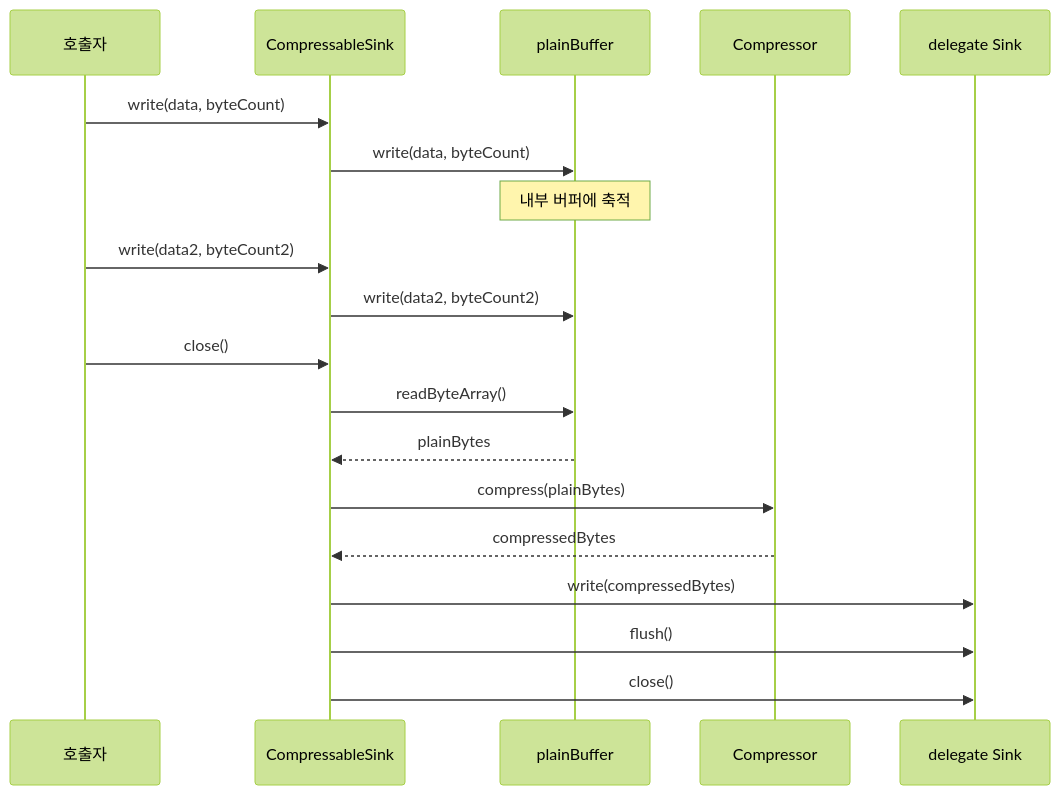
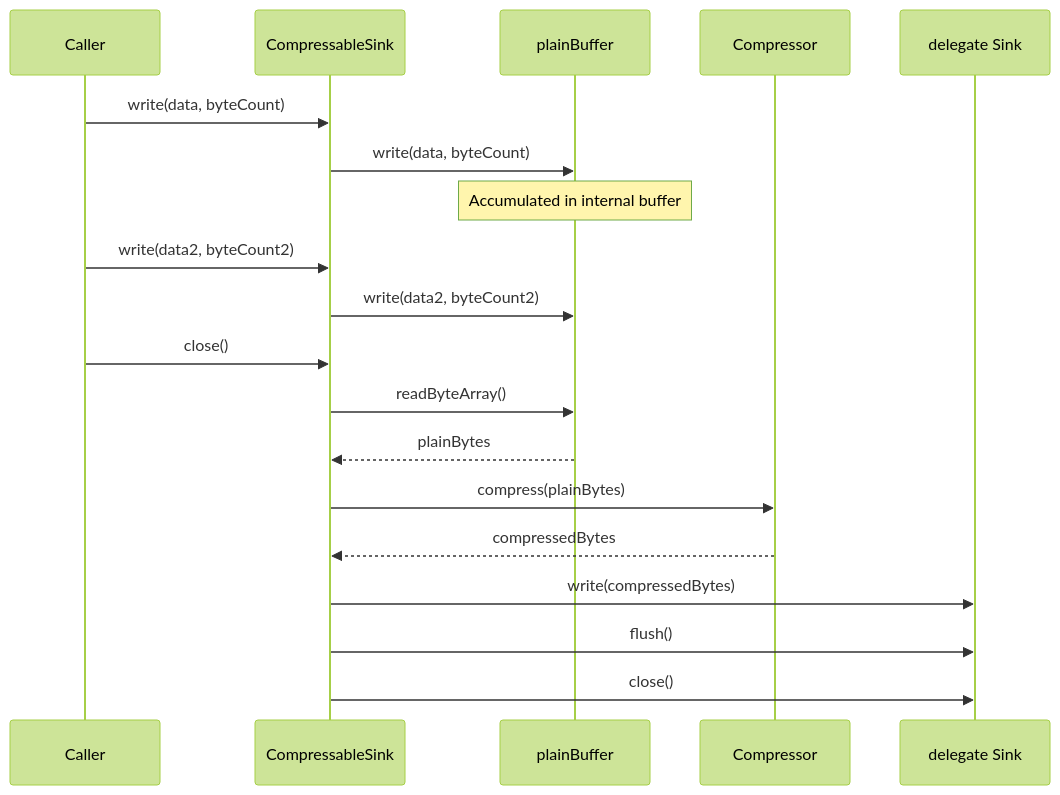
Before and after one commit to bluetape4k/bluetape4k-projects: the fifth of 9 diagrams in io/okio/README.md, drawn with Mermaid (forest theme). The commit also changed other lines of this file and 265 other files, not shown here.

````diff
--- a/io/okio/README.md
+++ b/io/okio/README.md
@@ -537,24 +538,24 @@
 ```mermaid
 sequenceDiagram
-    participant C as 호출자
+    participant C as Caller
     participant CS as CompressableSink
     participant PB as plainBuffer
     participant Comp as Compressor
     participant D as delegate Sink
 
     C->>CS: write(data, byteCount)
     CS->>PB: write(data, byteCount)
-    Note over PB: 내부 버퍼에 축적
+    Note over PB: Accumulated in internal buffer
 
     C->>CS: write(data2, byteCount2)
     CS->>PB: write(data2, byteCount2)
 
     C->>CS: close()
     CS->>PB: readByteArray()
     PB-->>CS: plainBytes
     CS->>Comp: compress(plainBytes)
     Comp-->>CS: compressedBytes
     CS->>D: write(compressedBytes)
     CS->>D: flush()
     CS->>D: close()
 ```
````
